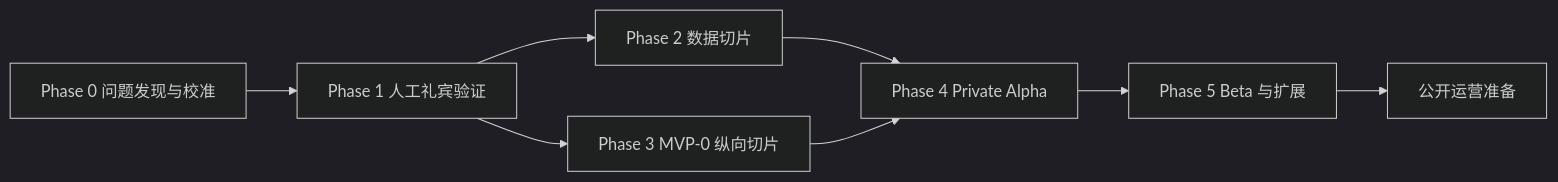
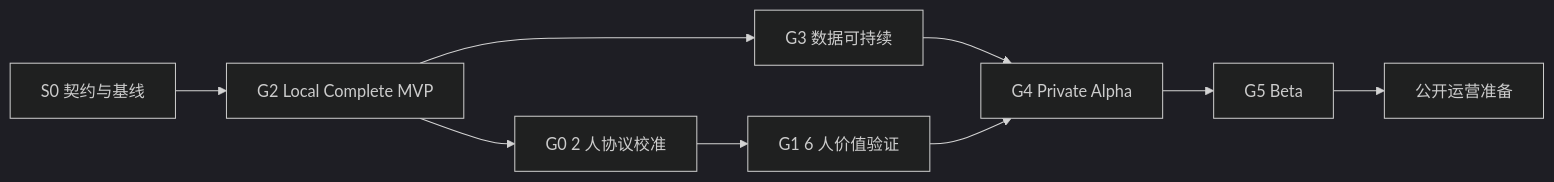
One commit to CodeVoyager21932/Aijob changed the diagram in docs/08-zero-to-one-lifecycle.md. Above: the diagram before and after it, drawn with Mermaid (dark theme). The commit also changed other lines of this file and 170 other files, not shown here.

Commit message:
feat: complete local MVP candidate

````diff
--- a/docs/08-zero-to-one-lifecycle.md
+++ b/docs/08-zero-to-one-lifecycle.md
@@ -20,10 +18,11 @@
-~~~mermaid
+```mermaid
 flowchart LR
-    A["Phase 0 问题发现与校准"] --> B["Phase 1 人工礼宾验证"]
-    B --> C["Phase 2 数据切片"]
-    B --> D["Phase 3 MVP-0 纵向切片"]
-    C --> E["Phase 4 Private Alpha"]
-    D --> E
-    E --> F["Phase 5 Beta 与扩展"]
-    F --> G["公开运营准备"]
-~~~
+    A["S0 契约与基线"] --> B["G2 Local Complete MVP"]
+    B --> C["G0 2 人协议校准"]
+    C --> D["G1 6 人价值验证"]
+    B --> E["G3 数据可持续"]
+    E --> F["G4 Private Alpha"]
+    D --> F
+    F --> G["G5 Beta"]
+    G --> H["公开运营准备"]
+```
````
